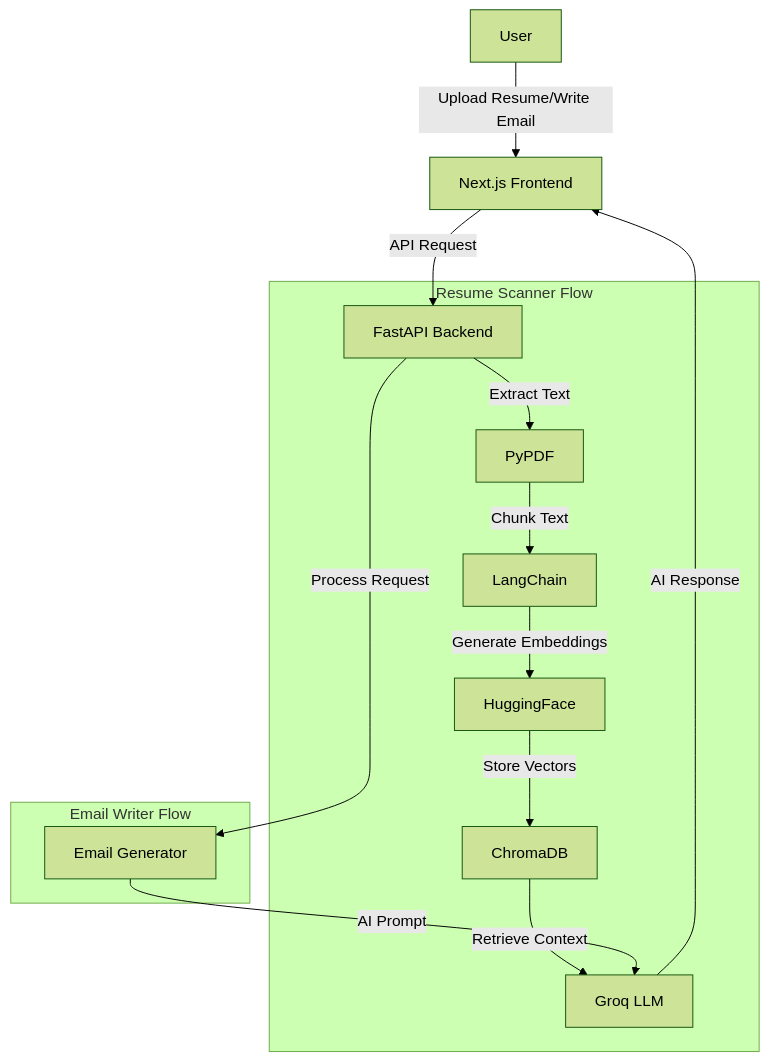
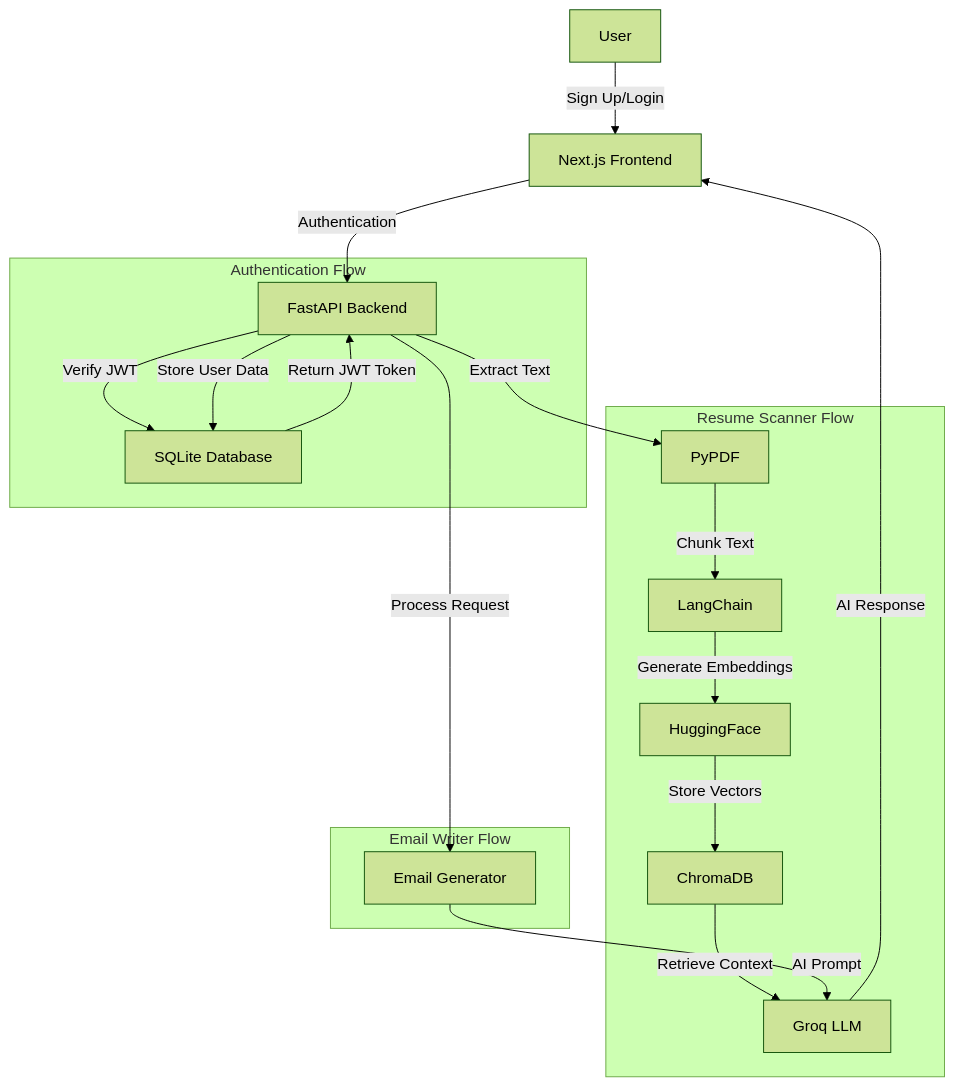
One commit to prateekmtri/Resume-checker changed the diagram in README.md. Above: the diagram before and after it, drawn with Mermaid (forest theme). The commit also changed other lines of this file and 2 other files, not shown here.

````diff
--- a/README.md
+++ b/README.md
@@ -49,20 +56,26 @@
 ```mermaid
 graph TB
-    A[User] -->|Upload Resume/Write Email| B[Next.js Frontend]
-    B -->|API Request| C[FastAPI Backend]
+    A[User] -->|Sign Up/Login| B[Next.js Frontend]
+    B -->|Authentication| C[FastAPI Backend]
+    C -->|Verify JWT| D[SQLite Database]
+    
+    subgraph Authentication Flow
+    C -->|Store User Data| D
+    D -->|Return JWT Token| C
+    end
     
     subgraph Resume Scanner Flow
-    C -->|Extract Text| D[PyPDF]
-    D -->|Chunk Text| E[LangChain]
-    E -->|Generate Embeddings| F[HuggingFace]
-    F -->|Store Vectors| G[ChromaDB]
-    G -->|Retrieve Context| H[Groq LLM]
+    C -->|Extract Text| E[PyPDF]
+    E -->|Chunk Text| F[LangChain]
+    F -->|Generate Embeddings| G[HuggingFace]
+    G -->|Store Vectors| H[ChromaDB]
+    H -->|Retrieve Context| I[Groq LLM]
     end
     
     subgraph Email Writer Flow
-    C -->|Process Request| I[Email Generator]
-    I -->|AI Prompt| H
+    C -->|Process Request| J[Email Generator]
+    J -->|AI Prompt| I
     end
     
-    H -->|AI Response| B
+    I -->|AI Response| B
 ```
````
